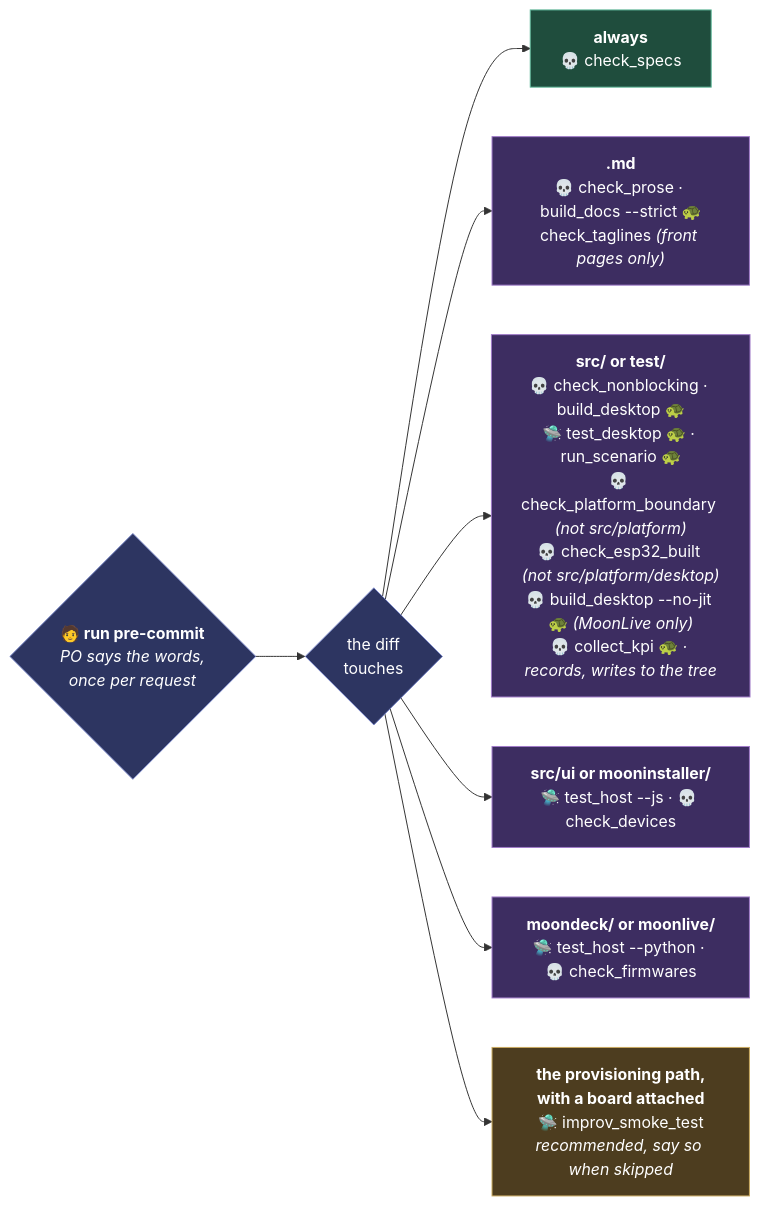
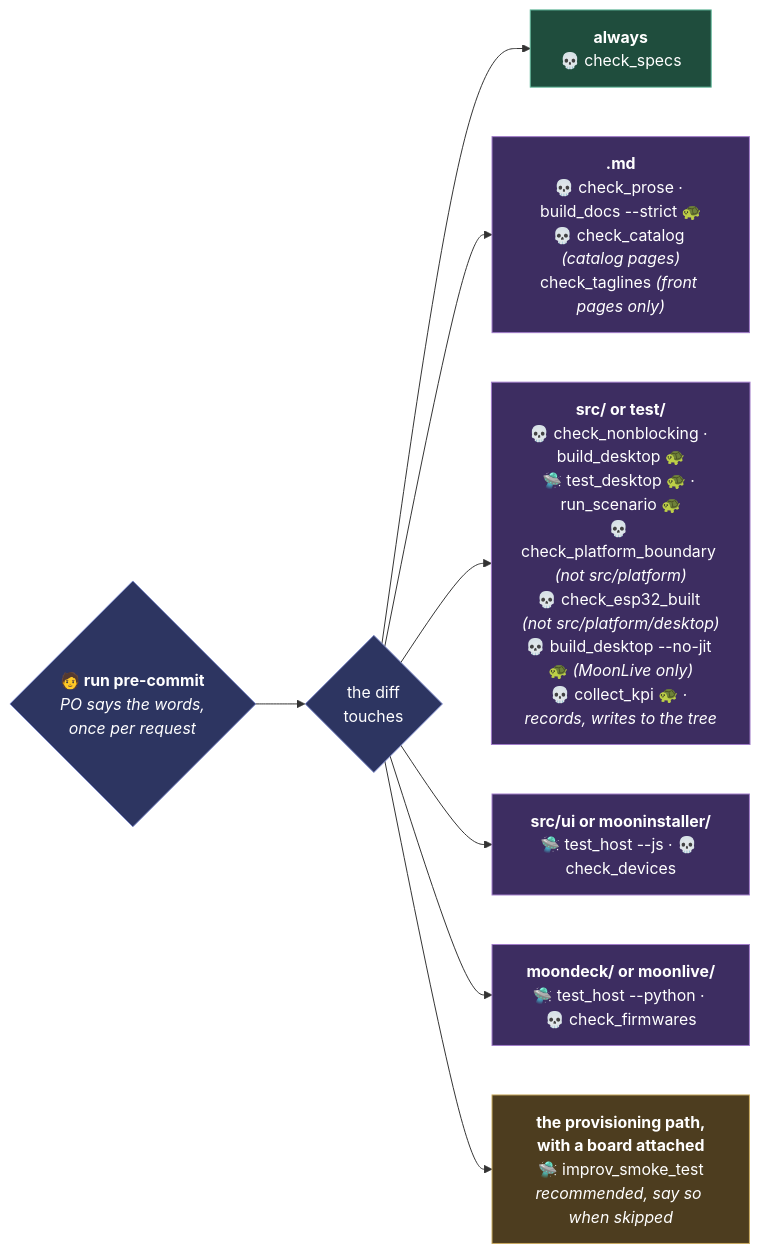
One commit to Gohnnyman/projectMM changed the fourth of 6 diagrams in CLAUDE.md. Above: the diagram before and after it, drawn with Mermaid. The commit also changed 80 other files, not shown here.

````diff
--- a/CLAUDE.md
+++ b/CLAUDE.md
@@ -182,23 +182,23 @@
 ```mermaid
 flowchart LR
     pc{"<b>🧑 run pre-commit</b><br/><i>PO says the words,<br/>once per request</i>"}
     diff{"the diff<br/>touches"}
     pc --> diff
     always["<b>always</b><br/>💀 check_specs"]
-    md["<b>.md</b><br/>💀 check_prose · build_docs --strict 🐢<br/>check_taglines <i>(front pages only)</i>"]
+    md["<b>.md</b><br/>💀 check_prose · build_docs --strict 🐢<br/>💀 check_catalog <i>(catalog pages)</i><br/>check_taglines <i>(front pages only)</i>"]
     code["<b>src/ or test/</b><br/>💀 check_nonblocking · build_desktop 🐢<br/>🛸 test_desktop 🐢 · run_scenario 🐢<br/>💀 check_platform_boundary <i>(not src/platform)</i><br/>💀 check_esp32_built <i>(not src/platform/desktop)</i><br/>💀 build_desktop --no-jit 🐢 <i>(MoonLive only)</i><br/>💀 collect_kpi 🐢 <i>· records, writes to the tree</i>"]
     web["<b>src/ui or mooninstaller/</b><br/>🛸 test_host --js · 💀 check_devices"]
     py["<b>moondeck/ or moonlive/</b><br/>🛸 test_host --python · 💀 check_firmwares"]
     board["<b>the provisioning path,<br/>with a board attached</b><br/>🛸 improv_smoke_test<br/><i>recommended, say so when skipped</i>"]
 
     diff --> always & md & code & web & py & board
 
     classDef po fill:#2d3561,stroke:#7b88c9,color:#fff
     classDef check fill:#1f4d3d,stroke:#5fb89a,color:#fff
     classDef agent fill:#3d2d61,stroke:#a07bc9,color:#fff
     classDef gate fill:#4d3d1f,stroke:#c9a95f,color:#fff
     class diff,pc po
     class always check
     class md,code,web,py agent
     class board gate
 ```
````
